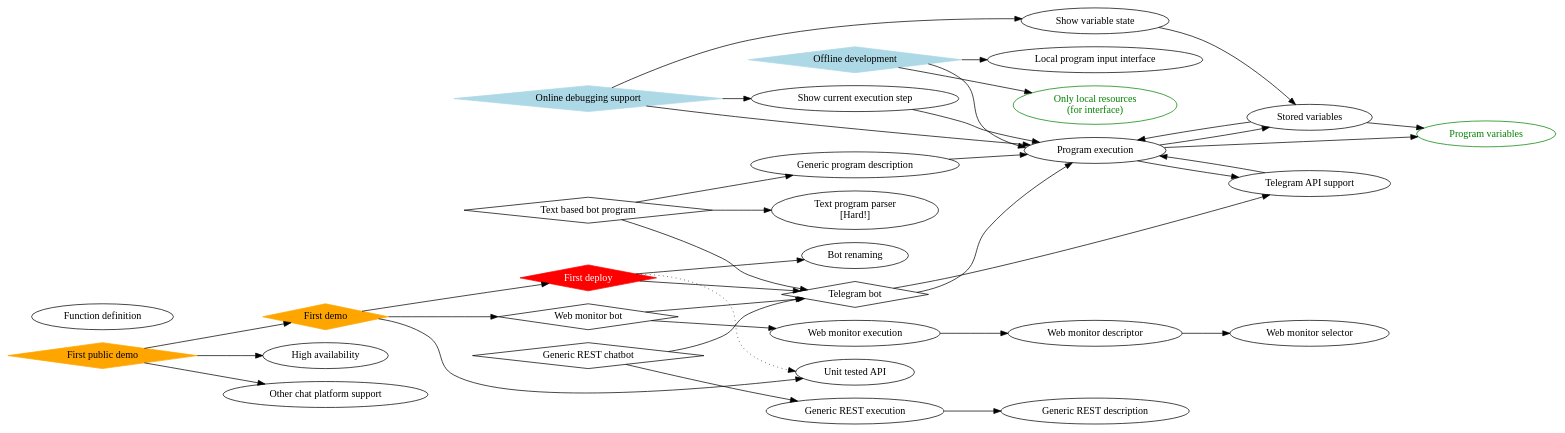
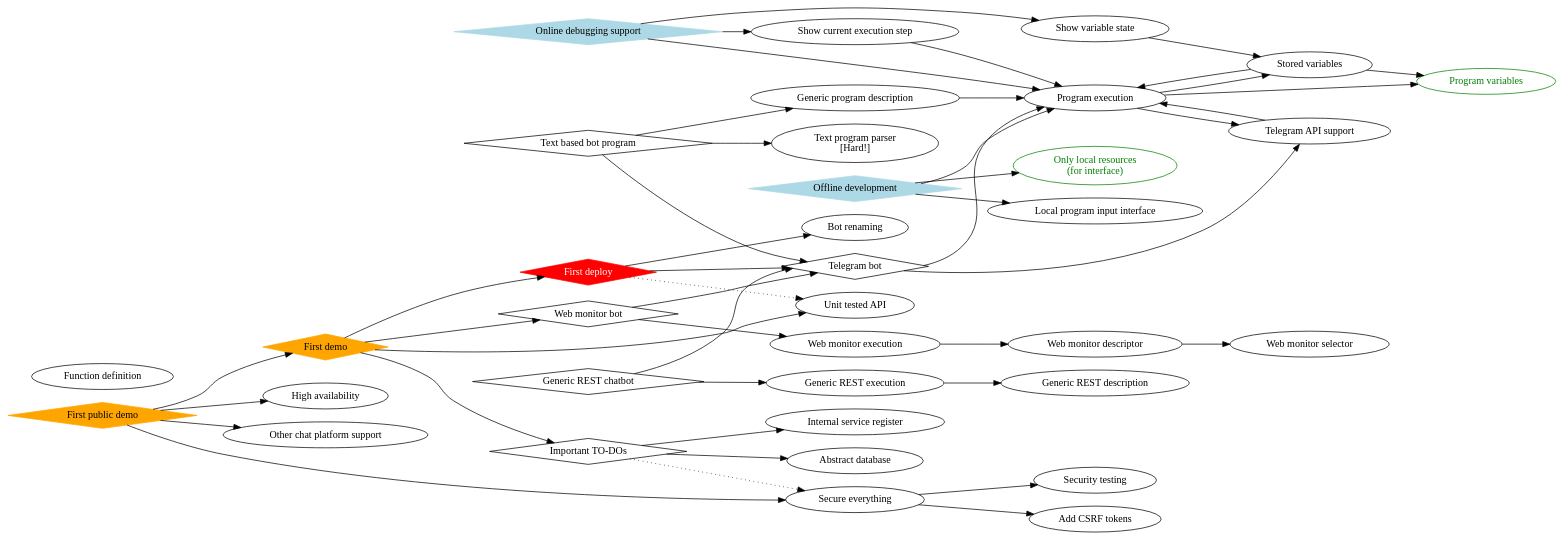
Before and after one commit to programaker-project/Programaker-Core: the diagram in docs/task-tree.dot, drawn with Graphviz.

Commit message:
Add important remaining tasks to plan tree.

```diff
--- a/docs/task-tree.dot
+++ b/docs/task-tree.dot
@@ -1,105 +1,125 @@
 digraph {
     rankdir=LR;
 
     // Milestones
     telegram_bot[label="Telegram bot", shape=diamond];
     // First big (publicly deployed) milestone
     first_deploy[label="First deploy", shape=diamond, style=filled, color=red, fontcolor=white];
 
     web_monitor_bot[label="Web monitor bot", shape=diamond];
     first_demo[label="First demo", shape=diamond, style=filled, color=orange];
     first_public_demo[label="First public demo", shape=diamond, style=filled, color=orange];
 
     generic_rest_chatbot[label="Generic REST chatbot", shape=diamond];
     text_based_program_bot[label="Text based bot program", shape=diamond];
 
     offline_development[label="Offline development", shape=diamond, style=filled, color=lightblue];
     debugging_support[label="Online debugging support", shape=diamond, style=filled, color=lightblue];
+
+    important_todos[label="Important TO-DOs", shape=diamond];
 
     // Tasks
     program_execution[label="Program execution"];
     telegram_api_support[label="Telegram API support"];
 
     bot_renaming[label="Bot renaming"];
     unit_tested_api[label="Unit tested API"];
 
     program_variables[label="Program variables", color=green, fontcolor=green];
     stored_variables[label="Stored variables"];
     function_definition[label="Function definition"];
 
     web_monitor_selector[label="Web monitor selector"];
     web_monitor_description[label="Web monitor descriptor"];
     web_monitor_execution[label="Web monitor execution"];
 
     generic_rest_execution[label="Generic REST execution"];
     generic_rest_description[label="Generic REST description"];
 
     text_program_parser[label="Text program parser\n[Hard!]"];
     generic_program_description[label="Generic program description"];
 
     high_availability[label="High availability"];
 
     other_chat_platform_support[label="Other chat platform support"];
     only_local_resources[label="Only local resources\n(for interface)", color=green, fontcolor=green];
     local_program_input_interface[label="Local program input interface"];
 
     show_variable_state[label="Show variable state"];
     show_current_execution_step[label="Show current execution step"];
 
+    add_csrf_tokens[label="Add CSRF tokens"];
+    security_testing[label="Security testing"];
+    secure_everything[label="Secure everything"];
+
+    internal_service_register[label="Internal service register"];
+    abstract_database[label="Abstract database"];
+
     // Dependencies
     program_execution -> program_variables;
     stored_variables -> program_variables;
 
     program_execution -> stored_variables;
     stored_variables -> program_execution;
 
     // First (internal) milestone
     telegram_api_support -> program_execution;
     program_execution -> telegram_api_support;
 
     telegram_bot -> program_execution;
     telegram_bot -> telegram_api_support;
 
     // No reason to deploy before something is doable 
     first_deploy -> telegram_bot;
     first_deploy -> bot_renaming;
 
     // We should have the tests before the deploy, but we can delay it
     first_deploy -> unit_tested_api[style=dotted];
 
     web_monitor_description -> web_monitor_selector;
     web_monitor_execution -> web_monitor_description;
 
     web_monitor_bot -> telegram_bot;
     web_monitor_bot -> web_monitor_execution;
+
+    important_todos -> secure_everything[style="dotted"];
+    important_todos -> internal_service_register;
+    important_todos -> abstract_database;
+
     first_demo -> web_monitor_bot;
+    first_demo -> important_todos;
     // First demo has to work for sure, so unit-testing is *required* at this point
     first_demo -> unit_tested_api;
     // It also requires a working deployment
     first_demo -> first_deploy;
 
+    first_public_demo -> secure_everything;
     first_public_demo -> first_demo;
     first_public_demo -> high_availability;
     first_public_demo -> other_chat_platform_support;
 
     generic_rest_execution -> generic_rest_description;
 
     generic_rest_chatbot -> telegram_bot;
     generic_rest_chatbot -> generic_rest_execution;
 
     generic_program_description -> program_execution;
     text_based_program_bot -> telegram_bot;
     text_based_program_bot -> generic_program_description;
     text_based_program_bot -> text_program_parser;
 
     debugging_support -> program_execution;
 
     offline_development -> program_execution;
     offline_development -> only_local_resources;
     offline_development -> local_program_input_interface;
 
     show_current_execution_step -> program_execution;
     show_variable_state -> stored_variables;
     debugging_support -> show_variable_state;
     debugging_support -> show_current_execution_step;
+
+    // Security
+    secure_everything -> security_testing;
+    secure_everything -> add_csrf_tokens;
 }
```
